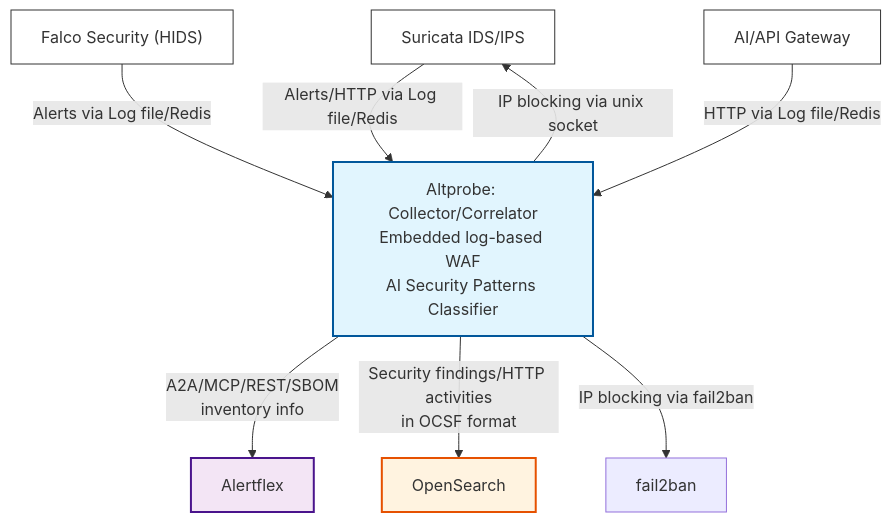
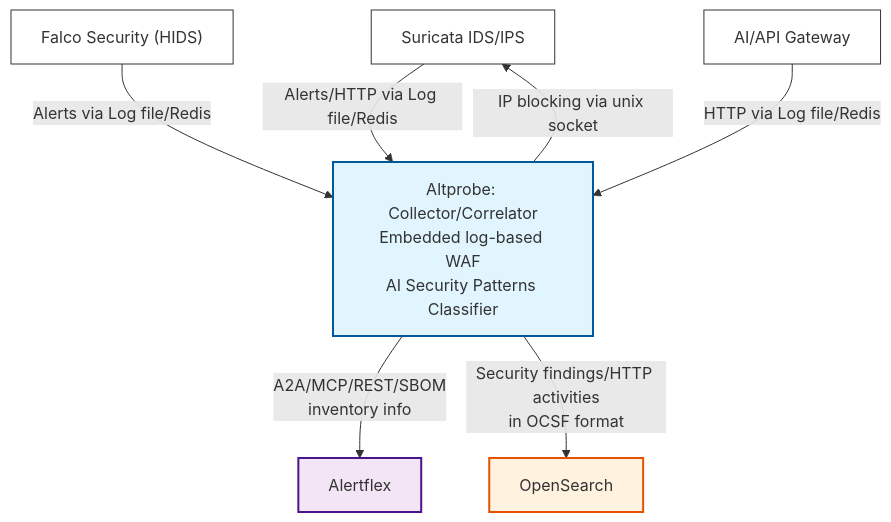
One commit to olegzhr/altprobe changed the diagram in README.md. Above: the diagram before and after it, drawn with Mermaid.

````diff
--- a/README.md
+++ b/README.md
@@ -27,19 +27,18 @@
 ```mermaid
 flowchart TD
     NIDS["Suricata IDS/IPS"] -->|Alerts/HTTP via Log file/Redis| Altprobe
     HIDS["Falco Security (HIDS)"] -->|Alerts via Log file/Redis| Altprobe
     Proxy["AI/API Gateway"] -->|HTTP via Log file/Redis| Altprobe
 
     Altprobe["Altprobe: Collector/Correlator<br/>Embedded log-based WAF<br/>AI Security Patterns Classifier"] -->|A2A/MCP/REST/SBOM<br/> inventory info| Alertflex[Alertflex]
     Altprobe -->|Security findings/HTTP activities<br/>in OCSF format| OpenSearch[OpenSearch]
 
     Altprobe -->|IP blocking via unix socket| NIDS
-    Altprobe -->|IP blocking via fail2ban| Fail2ban["fail2ban"]
-
+    
     style NIDS fill:#ffffff,stroke:#333,stroke-width:1px
     style HIDS fill:#ffffff,stroke:#333,stroke-width:1px
     style Proxy fill:#ffffff,stroke:#333,stroke-width:1px
     style Altprobe fill:#e1f5fe,stroke:#01579b,stroke-width:2px
     style Alertflex fill:#f3e5f5,stroke:#4a148c,stroke-width:2px
     style OpenSearch fill:#fff3e0,stroke:#e65100,stroke-width:2px
 ```
````
